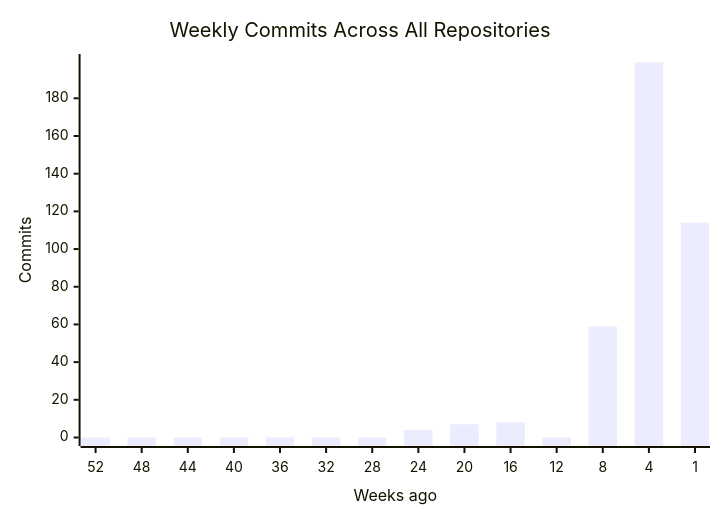
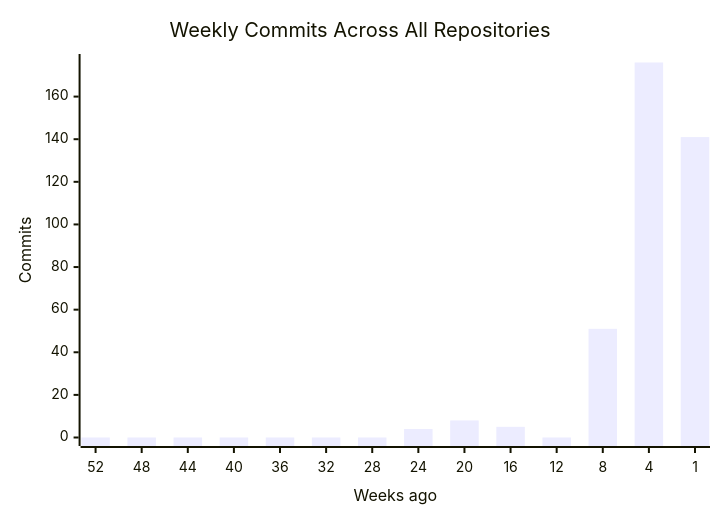
Before and after one commit to CSTH-Projects/.github: the first of 4 diagrams in profile/README.md, drawn with Mermaid. The commit also changed other lines of this file, not shown here.

````diff
--- a/profile/README.md
+++ b/profile/README.md
@@ -16,7 +16,7 @@
 ```mermaid
 xychart-beta
     title "Weekly Commits Across All Repositories"
     x-axis "Weeks ago" [52, 48, 44, 40, 36, 32, 28, 24, 20, 16, 12, 8, 4, 1]
     y-axis "Commits"
-    bar [0, 0, 0, 0, 0, 0, 0, 4, 7, 8, 0, 59, 199, 114]
+    bar [0, 0, 0, 0, 0, 0, 0, 4, 8, 5, 0, 51, 176, 141]
 ```
````
